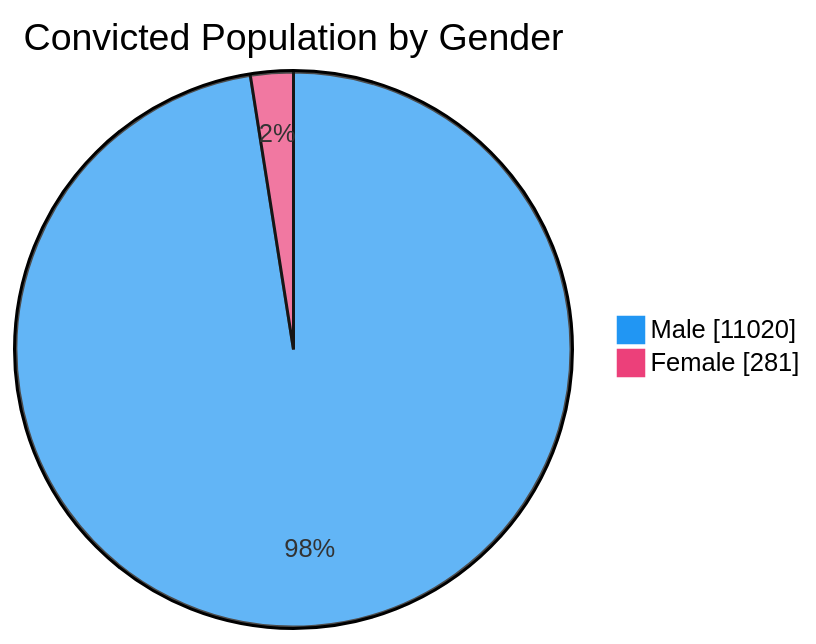
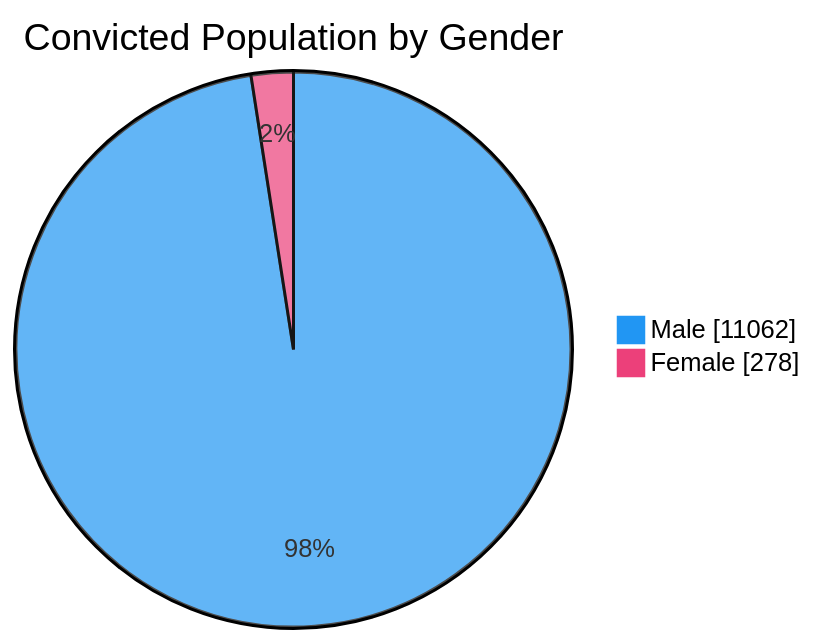
Before and after one commit to nuuuwan/lk_prisons: the third of 7 diagrams in README.md, drawn with Mermaid. The commit also changed other lines of this file and 1 other file, not shown here.

````diff
--- a/README.md
+++ b/README.md
@@ -65,6 +65,6 @@
 ```mermaid
 %%{init: {'themeVariables': {'pie1': '#2196F3', 'pie2': '#EC407A'}}}%%
 pie showData title Convicted Population by Gender
-    "Male" : 11020
-    "Female" : 281
+    "Male" : 11062
+    "Female" : 278
 ```
````
